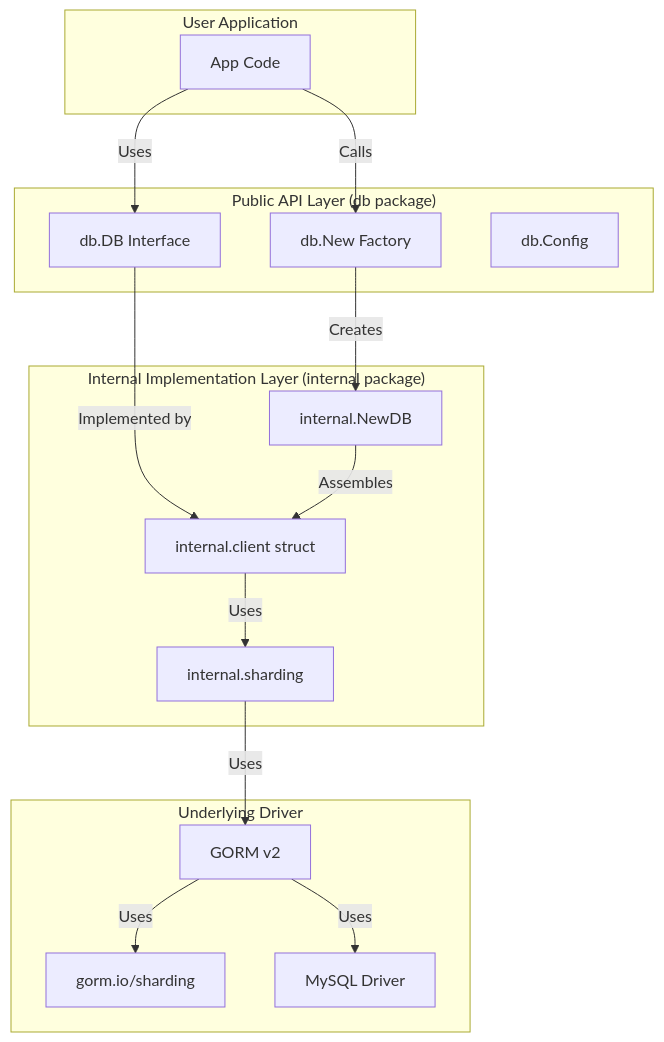
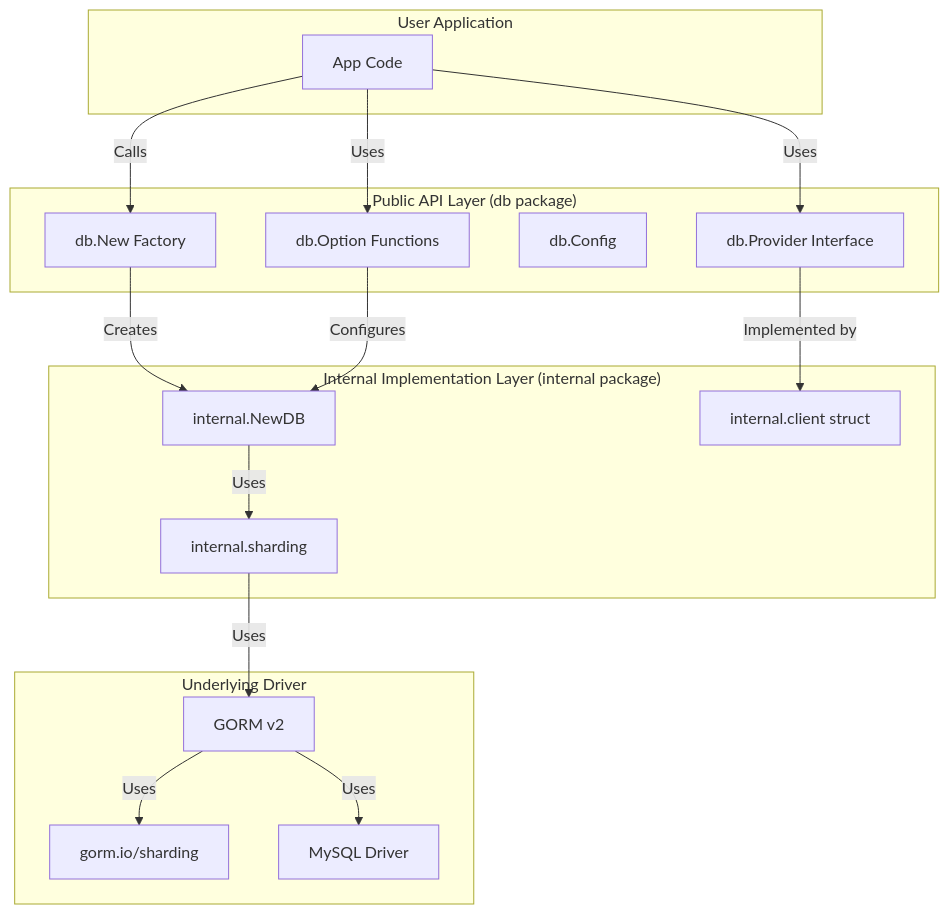
One commit to ceyewan/gochat changed the diagram in im-infra/db/DESIGN.md. Above: the diagram before and after it, drawn with Mermaid. The commit also changed other lines of this file and 9 other files, not shown here.

````diff
--- a/im-infra/db/DESIGN.md
+++ b/im-infra/db/DESIGN.md
@@ -22,34 +22,36 @@
 ```mermaid
 graph TD
     subgraph "User Application"
         A[App Code]
     end
 
     subgraph "Public API Layer (db package)"
         B[db.New Factory]
-        C[db.DB Interface]
+        C[db.Provider Interface]
         D[db.Config]
+        E[db.Option Functions]
     end
     
     subgraph "Internal Implementation Layer (internal package)"
-        E[internal.NewDB]
-        F[internal.client struct]
-        G[internal.sharding]
+        F[internal.NewDB]
+        G[internal.client struct]
+        H[internal.sharding]
     end
     
     subgraph "Underlying Driver"
-        H[GORM v2]
-        I[gorm.io/sharding]
-        J[MySQL Driver]
+        I[GORM v2]
+        J[gorm.io/sharding]
+        K[MySQL Driver]
     end
-    
+
     A -- Calls --> B
     A -- Uses --> C
-    B -- Creates --> E
-    C -- Implemented by --> F
-    E -- Assembles --> F
-    F -- Uses --> G
-    G -- Uses --> H
+    A -- Uses --> E
+    B -- Creates --> F
+    C -- Implemented by --> G
+    E -- Configures --> F
+    F -- Uses --> H
     H -- Uses --> I
-    H -- Uses --> J
+    I -- Uses --> J
+    I -- Uses --> K
 ```
````
